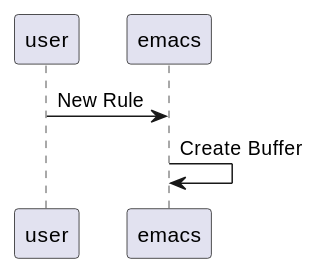
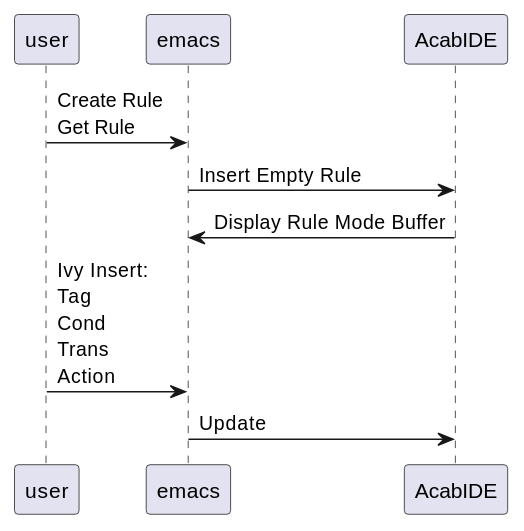
Before and after one commit to jgrey4296/misc_config: the second of 2 diagrams in modules/domain-specific/acab-ide/design.org, drawn with PlantUML. The commit also changed other lines of this file, not shown here.

```diff
--- a/modules/domain-specific/acab-ide/design.org
+++ b/modules/domain-specific/acab-ide/design.org
@@ -28,4 +53,7 @@
 #+begin_src plantuml :results value verbatim :preview t
-user -> emacs : New Rule
-emacs -> emacs : Create Buffer
+user -> emacs : Create Rule\nGet Rule
+emacs -> AcabIDE : Insert Empty Rule
+AcabIDE -> emacs : Display Rule Mode Buffer
+user -> emacs : Ivy Insert: \nTag\nCond\nTrans\nAction
+emacs -> AcabIDE : Update
 #+end_src
```
